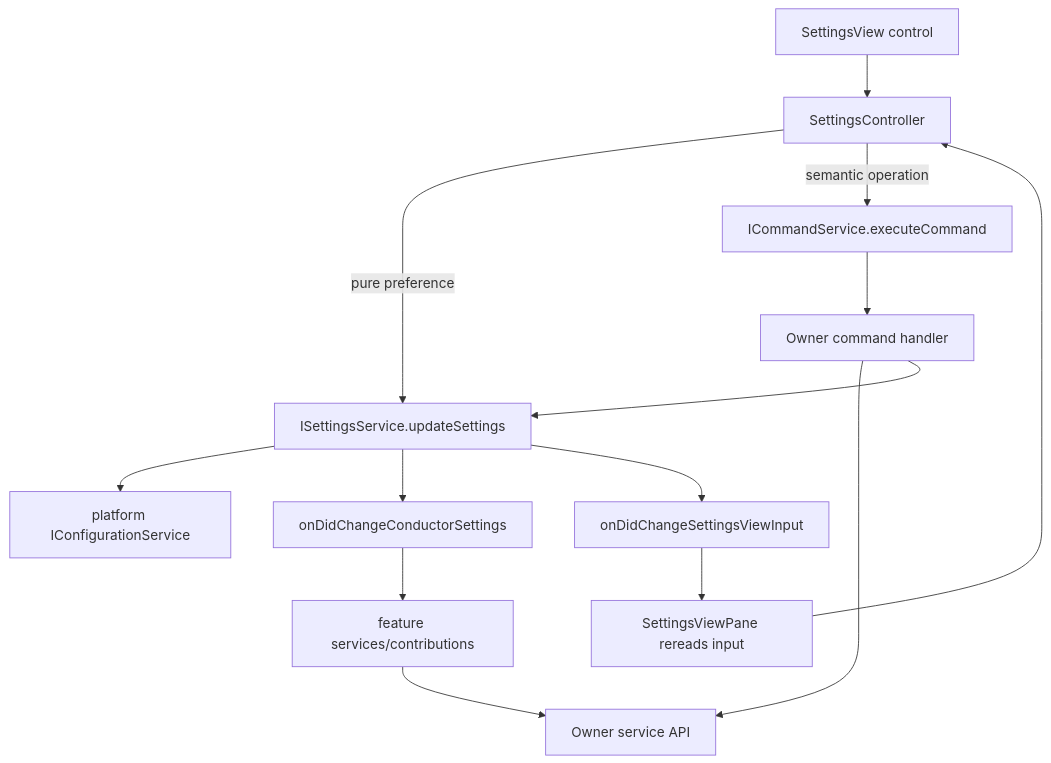
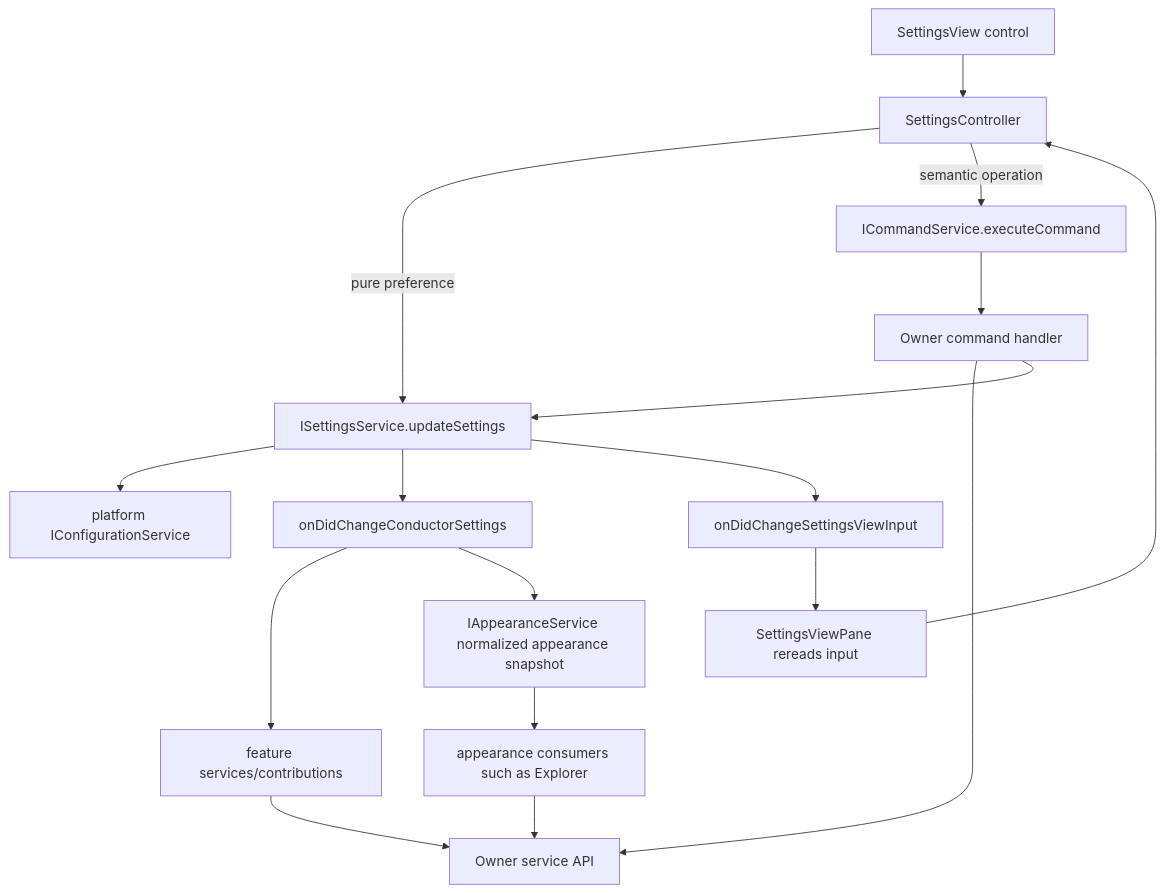
One commit to chogng/conductor changed the diagram in .github/instructions/settings.instructions.md. Above: the diagram before and after it, drawn with Mermaid. The commit also changed other lines of this file and 14 other files, not shown here.

First line of the commit message:
feat: unify explorer appearance settings

````diff
--- a/.github/instructions/settings.instructions.md
+++ b/.github/instructions/settings.instructions.md
@@ -17,16 +17,19 @@
 ```mermaid
 flowchart TD
     View[SettingsView control] --> Controller[SettingsController]
     Controller -->|pure preference| SettingsService[ISettingsService.updateSettings]
     Controller -->|semantic operation| CommandService[ICommandService.executeCommand]
     CommandService --> OwnerCommand[Owner command handler]
     OwnerCommand --> OwnerService[Owner service API]
     OwnerCommand --> SettingsService
     SettingsService --> Store[platform IConfigurationService]
     SettingsService --> SettingsEvent[onDidChangeConductorSettings]
     SettingsService --> ViewInputEvent[onDidChangeSettingsViewInput]
     SettingsEvent --> Consumers[feature services/contributions]
+    SettingsEvent --> AppearanceService[IAppearanceService normalized appearance snapshot]
+    AppearanceService --> AppearanceConsumers[appearance consumers such as Explorer]
     ViewInputEvent --> ViewPane[SettingsViewPane rereads input]
     Consumers --> OwnerService
+    AppearanceConsumers --> OwnerService
     ViewPane --> Controller
 ```
````
